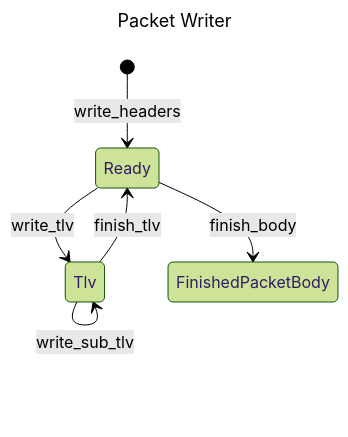
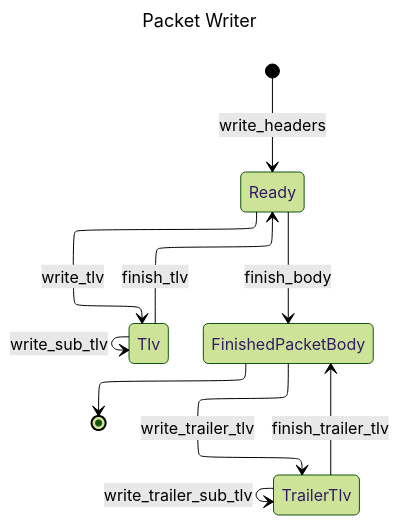
Before and after one commit to baxterjo/babel-rs: the diagram in babel-proto/docs/packet_writer.mmd, drawn with Mermaid (forest theme).

Commit message:
chore: Added packet trailer plan to mermaid doc

```diff
--- a/babel-proto/docs/packet_writer.mmd
+++ b/babel-proto/docs/packet_writer.mmd
@@ -1,10 +1,15 @@
 ---
 title: Packet Writer
 ---
 
+%%{init: {"layout": "elk"}}%%
 stateDiagram-v2
   [*] --> Ready: write_headers
   Ready --> Tlv: write_tlv
+  Ready --> FinishedPacketBody: finish_body
+  Tlv --> Tlv: write_sub_tlv
   Tlv --> Ready: finish_tlv
-  Tlv --> Tlv: write_sub_tlv
-  Ready --> FinishedPacketBody: finish_body
+  FinishedPacketBody --> [*]
+  FinishedPacketBody --> TrailerTlv: write_trailer_tlv
+  TrailerTlv --> TrailerTlv: write_trailer_sub_tlv
+  TrailerTlv --> FinishedPacketBody: finish_trailer_tlv
```
